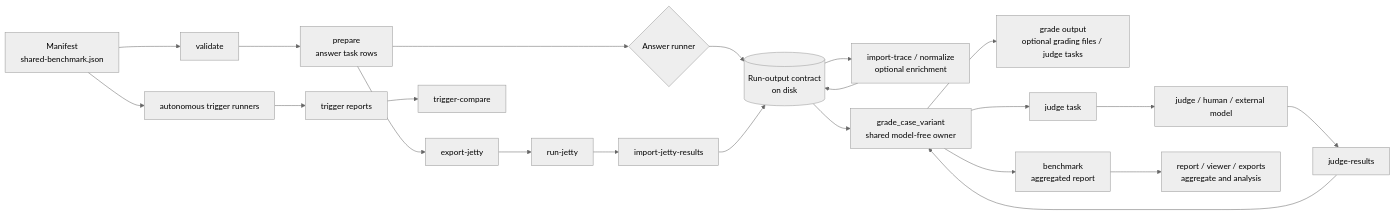
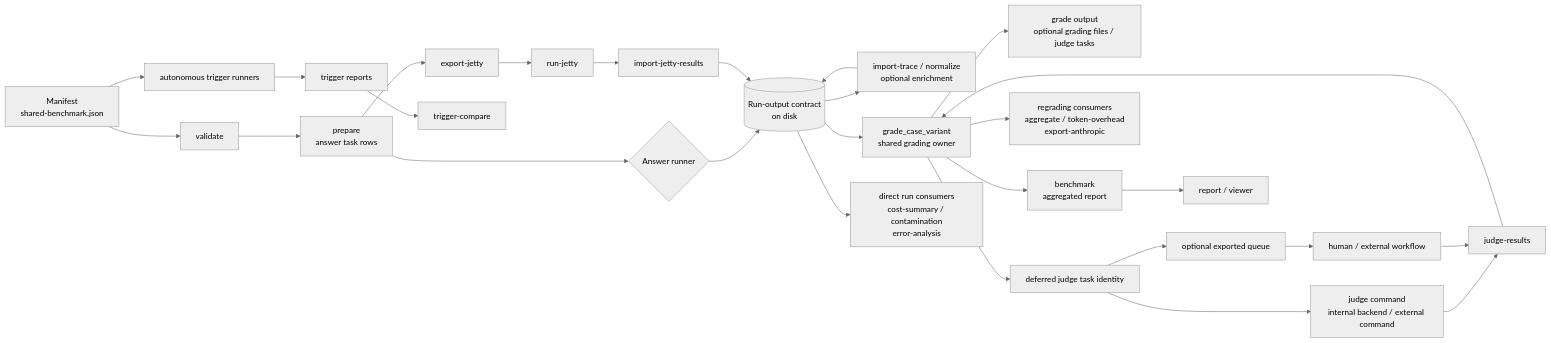
One commit to adewale/skill-eval-harness changed the first of 4 diagrams in docs/architecture.md. Above: the diagram before and after it, drawn with Mermaid (neutral theme). The commit also changed other lines of this file and 3 other files, not shown here.

````diff
--- a/docs/architecture.md
+++ b/docs/architecture.md
@@ -19,26 +19,31 @@
 ```mermaid
 flowchart LR
     M[Manifest\nshared-benchmark.json] --> V[validate]
     V --> P[prepare\nanswer task rows]
     P --> R{Answer runner}
     P --> EJ[export-jetty]
     EJ --> RJ[run-jetty]
     RJ --> IJ[import-jetty-results]
     R --> C[(Run-output contract\non disk)]
     IJ --> C
     C --> IT[import-trace / normalize\noptional enrichment]
     IT --> C
 
-    C --> G[grade_case_variant\nshared model-free owner]
+    C --> G[grade_case_variant\nshared grading owner]
     G --> GO[grade output\noptional grading files / judge tasks]
     G --> B[benchmark\naggregated report]
-    G --> Q[judge task]
-    Q --> J[judge / human / external model]
+    G --> RC[regrading consumers\naggregate / token-overhead\nexport-anthropic]
+    C --> RA[direct run consumers\ncost-summary / contamination\nerror-analysis]
+    G --> Q[deferred judge task identity]
+    Q --> J[judge command\ninternal backend / external command]
+    Q --> EQ[optional exported queue]
+    EQ --> X[human / external workflow]
     J --> JR[judge-results]
+    X --> JR
     JR --> G
-    B --> PP[report / viewer / exports\naggregate and analysis]
+    B --> PP[report / viewer]
 
     M --> TR[autonomous trigger runners]
     TR --> TM[trigger reports]
     TM --> TC[trigger-compare]
 ```
````
